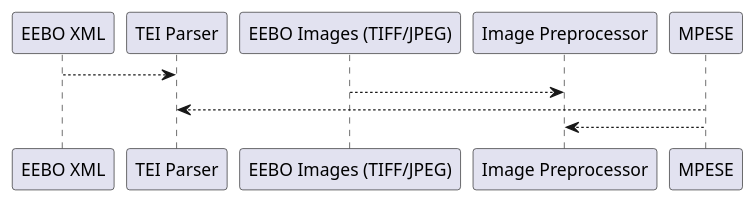
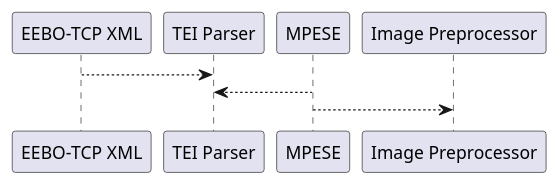
The diagram in docs/uml/src/connections/ingestion.puml (leegee/mutatis-mutandis), drawn with PlantUML before and after one commit. The commit also changed 4 other files, not shown here.

```diff
--- a/docs/uml/src/connections/ingestion.puml
+++ b/docs/uml/src/connections/ingestion.puml
@@ -1,5 +1,4 @@
 
-"EEBO XML" --> "TEI Parser" #green
-"EEBO Images (TIFF/JPEG)" --> "Image Preprocessor" #green
+"EEBO-TCP XML" --> "TEI Parser" #green
 MPESE --> "TEI Parser" #green
 MPESE --> "Image Preprocessor" #green
```
